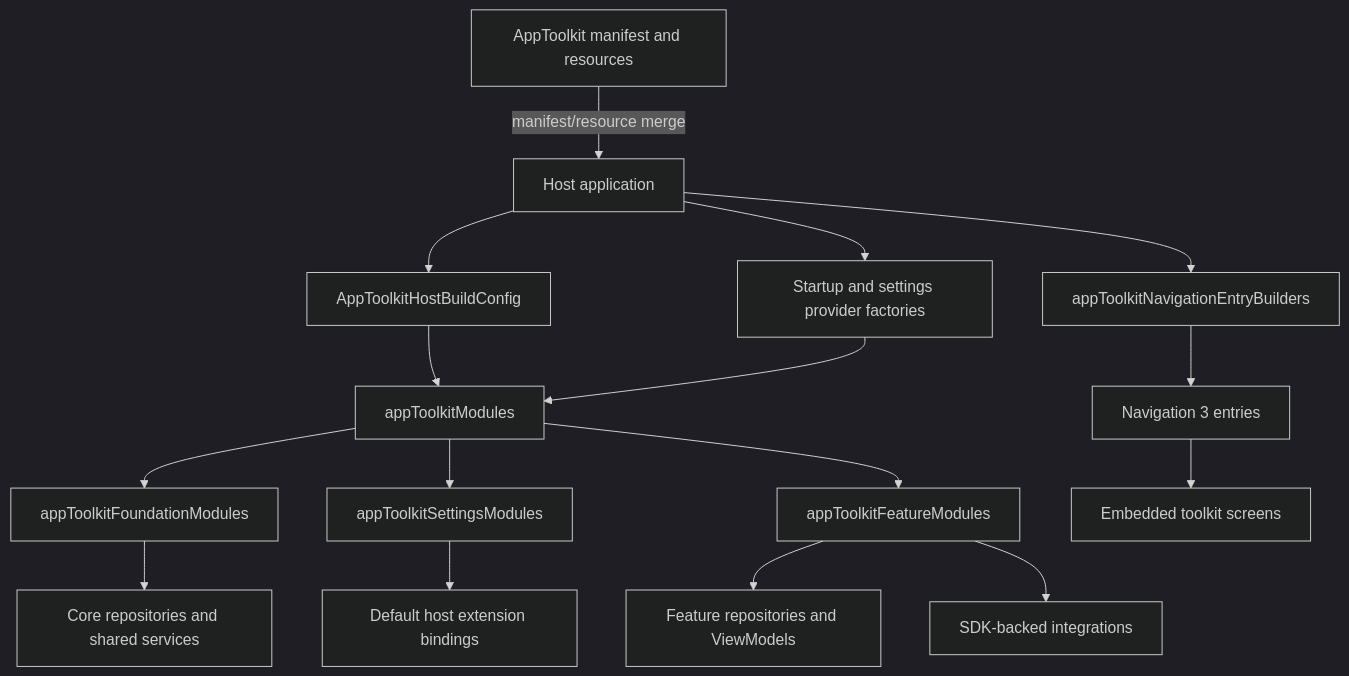
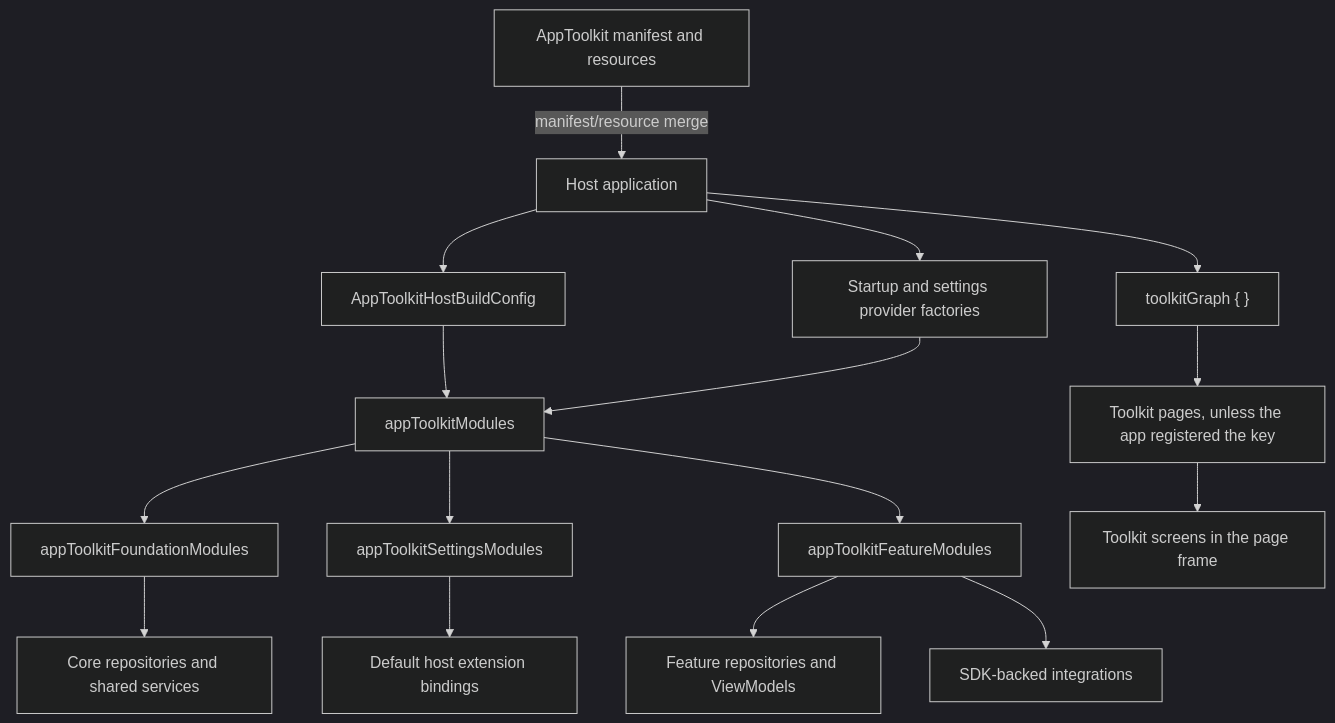
One commit to MihaiCristianCondrea/App-Toolkit-for-Android changed the diagram in library/apptoolkit/README.md. Above: the diagram before and after it, drawn with Mermaid (dark theme). The commit also changed other lines of this file and 130 other files, not shown here.

````diff
--- a/library/apptoolkit/README.md
+++ b/library/apptoolkit/README.md
@@ -49,18 +51,18 @@
 ```mermaid
 flowchart TD
     Host[Host application] --> Config[AppToolkitHostBuildConfig]
     Host --> Providers[Startup and settings provider factories]
     Config --> Modules[appToolkitModules]
     Providers --> Modules
     Modules --> Foundation[appToolkitFoundationModules]
     Modules --> Settings[appToolkitSettingsModules]
     Modules --> Features[appToolkitFeatureModules]
     Foundation --> Core[Core repositories and shared services]
     Settings --> ProviderDefaults[Default host extension bindings]
     Features --> FeatureVMs[Feature repositories and ViewModels]
     Features --> Integrations[SDK-backed integrations]
-    Host --> NavBuilders[appToolkitNavigationEntryBuilders]
-    NavBuilders --> Entries[Navigation 3 entries]
-    Entries --> Screens[Embedded toolkit screens]
+    Host --> Graph["toolkitGraph { }"]
+    Graph --> Pages[Toolkit pages, unless the app registered the key]
+    Pages --> Screens[Toolkit screens in the page frame]
     Manifest[AppToolkit manifest and resources] -->|manifest/resource merge| Host
 ```
````
